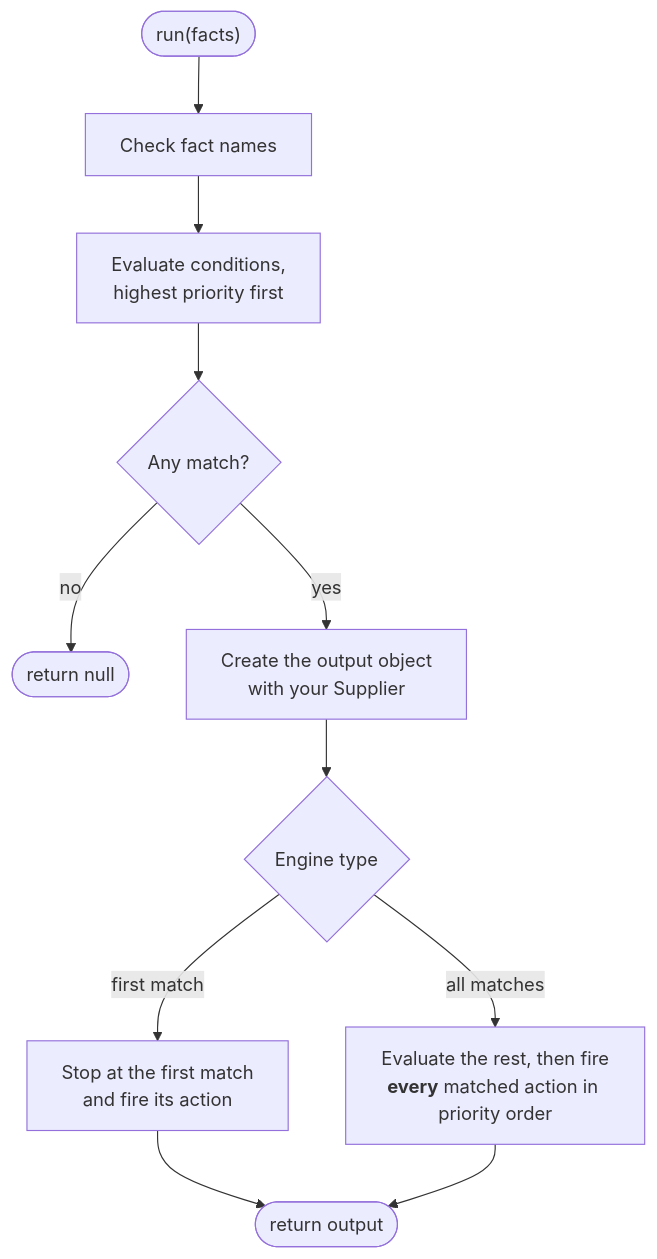
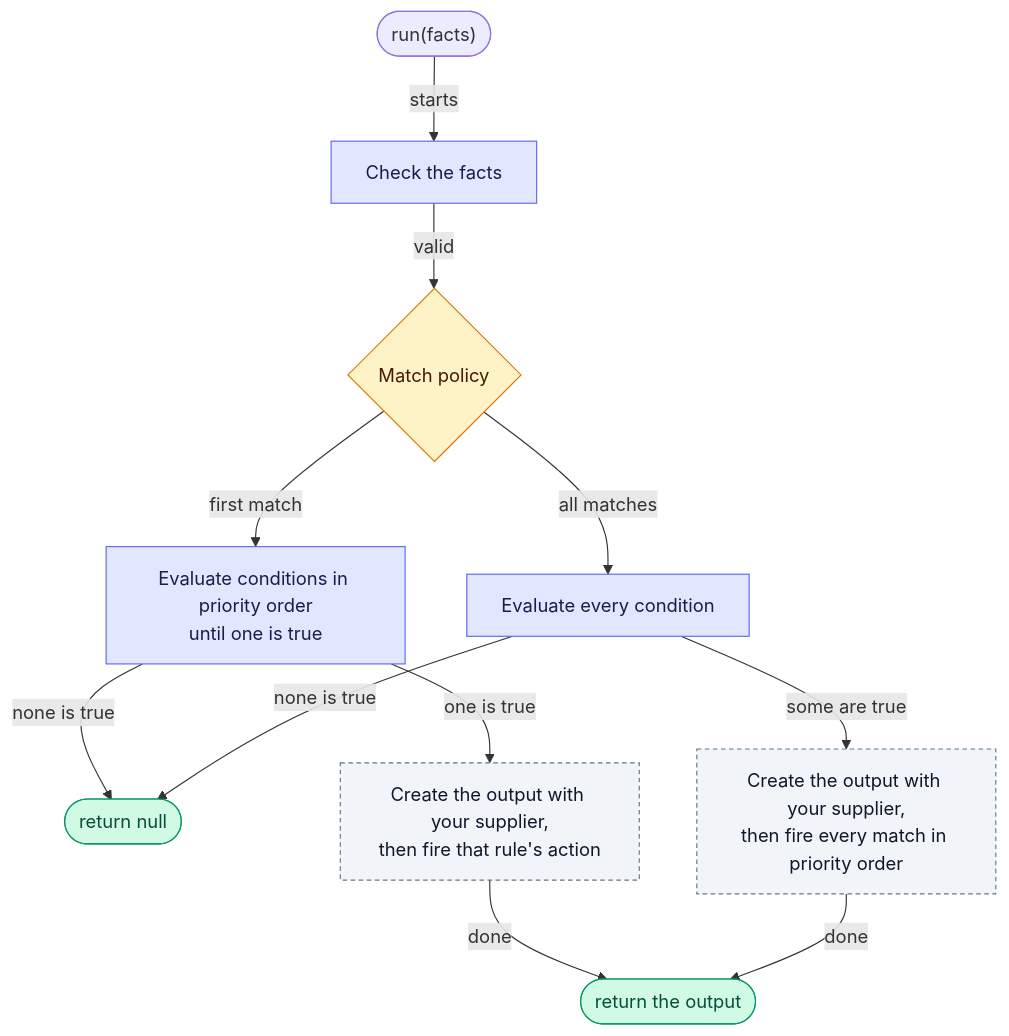
The second of 2 diagrams in README.md (brantunger/unruly-engine), drawn with Mermaid before and after one commit. The commit also changed other lines of this file and 10 other files, not shown here.

````diff
--- a/README.md
+++ b/README.md
@@ -199,13 +251,21 @@
 ```mermaid
 flowchart TD
-    A(["run(facts)"]) --> B["Check fact names"]
-    B --> C["Evaluate conditions,<br/>highest priority first"]
-    C --> D{"Any match?"}
-    D -- no --> N(["return null"])
-    D -- yes --> E["Create the output object<br/>with your Supplier"]
-    E --> F{"Engine type"}
-    F -- first match --> G["Stop at the first match<br/>and fire its action"]
-    F -- all matches --> H["Evaluate the rest, then fire<br/><b>every</b> matched action in priority order"]
-    G --> R(["return output"])
-    H --> R
+    A(["run(facts)"]) -- "starts" --> B["Check the facts"]
+    B -- "valid" --> C{"Match policy"}
+    C -- "first match" --> D["Evaluate conditions in priority order<br/>until one is true"]
+    C -- "all matches" --> E["Evaluate every condition"]
+    D -- "none is true" --> N(["return null"])
+    E -- "none is true" --> N
+    D -- "one is true" --> F["Create the output with your supplier,<br/>then fire that rule's action"]
+    E -- "some are true" --> G["Create the output with your supplier,<br/>then fire every match in priority order"]
+    F -- "done" --> R(["return the output"])
+    G -- "done" --> R
+    class B,D,E step
+    class C decision
+    class F,G yours
+    class N,R ok
+    classDef step     fill:#e0e7ff,stroke:#6366f1,color:#1e1b4b
+    classDef decision fill:#fef3c7,stroke:#d97706,color:#451a03
+    classDef ok       fill:#d1fae5,stroke:#059669,color:#064e3b
+    classDef yours    fill:#f1f5f9,stroke:#64748b,color:#0f172a,stroke-dasharray:4 3
 ```
````
